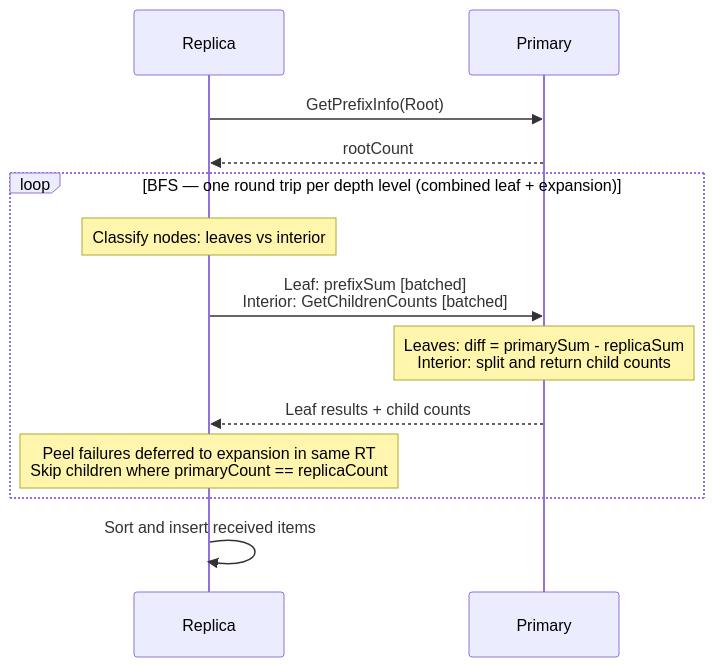
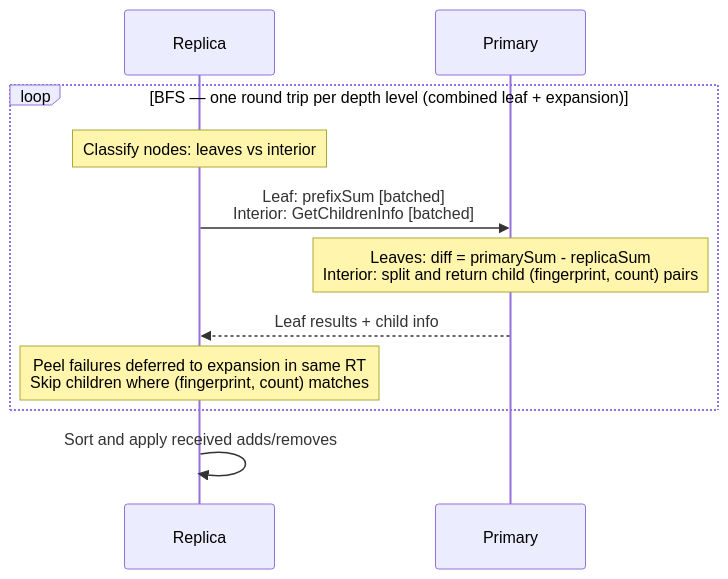
Before and after one commit to arj03/setsum-cs: the third of 8 diagrams in SetSum/Sync/README.md, drawn with Mermaid. The commit also changed other lines of this file and 10 other files, not shown here.

````diff
--- a/SetSum/Sync/README.md
+++ b/SetSum/Sync/README.md
@@ -95,18 +100,15 @@
 ```mermaid
 sequenceDiagram
     participant R as Replica
     participant P as Primary
 
-    R->>P: GetPrefixInfo(Root)
-    P-->>R: rootCount
-
     loop BFS — one round trip per depth level (combined leaf + expansion)
         Note over R: Classify nodes: leaves vs interior
-        R->>P: Leaf: prefixSum [batched]<br/>Interior: GetChildrenCounts [batched]
-        Note over P: Leaves: diff = primarySum - replicaSum<br/>Interior: split and return child counts
-        P-->>R: Leaf results + child counts
-        Note over R: Peel failures deferred to expansion in same RT<br/>Skip children where primaryCount == replicaCount
+        R->>P: Leaf: prefixSum [batched]<br/>Interior: GetChildrenInfo [batched]
+        Note over P: Leaves: diff = primarySum - replicaSum<br/>Interior: split and return child (fingerprint, count) pairs
+        P-->>R: Leaf results + child info
+        Note over R: Peel failures deferred to expansion in same RT<br/>Skip children where (fingerprint, count) matches
     end
 
-    R->>R: Sort and insert received items
+    R->>R: Sort and apply received adds/removes
 ```
````
